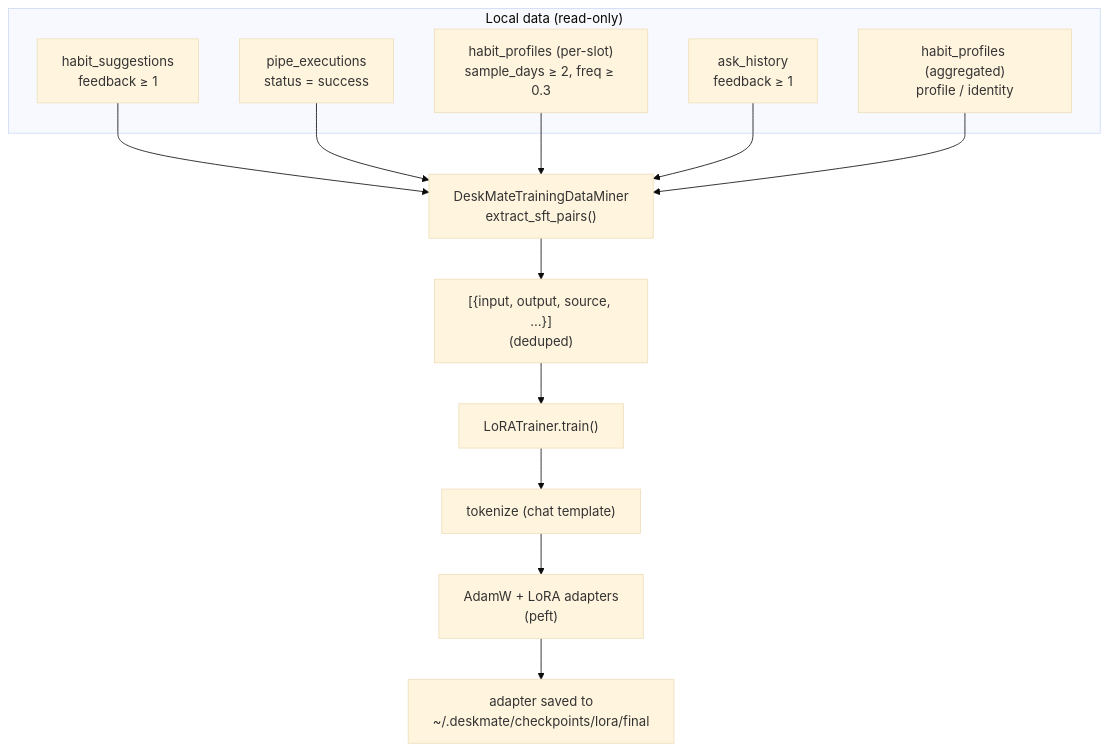
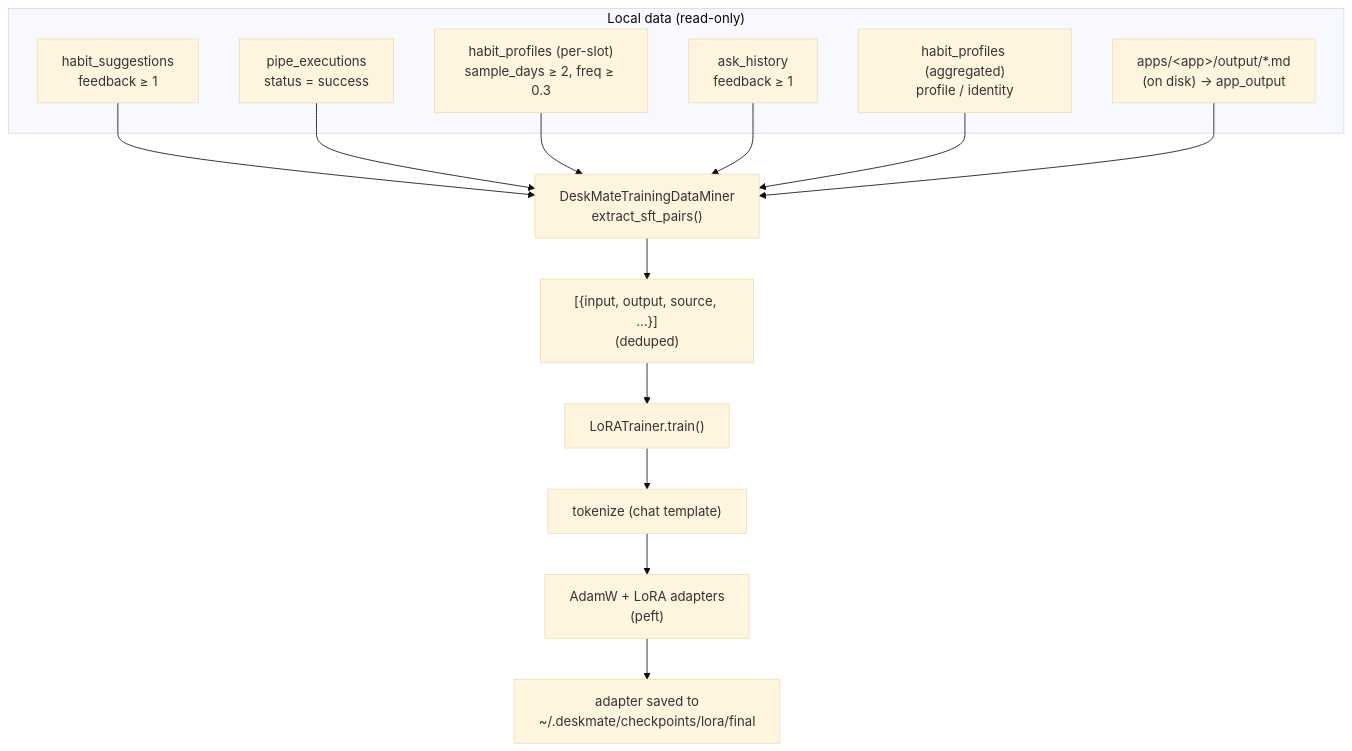
Before and after one commit to zhaohb/deskmate: the diagram in docs/16-learning-training.md, drawn with Mermaid (base theme). The commit also changed other lines of this file and 22 other files, not shown here.

````diff
--- a/docs/16-learning-training.md
+++ b/docs/16-learning-training.md
@@ -25,16 +25,17 @@
 ```mermaid
 flowchart TB
     subgraph Sources["Local data (read-only)"]
         HS["habit_suggestions<br/>feedback ≥ 1"]
         PE["pipe_executions<br/>status = success"]
         BH["habit_profiles (per-slot)<br/>sample_days ≥ 2, freq ≥ 0.3"]
         AK["ask_history<br/>feedback ≥ 1"]
         PR["habit_profiles (aggregated)<br/>profile / identity"]
+        AP["apps/&lt;app&gt;/output/*.md<br/>(on disk) → app_output"]
     end
-    HS & PE & BH & AK & PR --> MINER["DeskMateTrainingDataMiner<br/>extract_sft_pairs()"]
+    HS & PE & BH & AK & PR & AP --> MINER["DeskMateTrainingDataMiner<br/>extract_sft_pairs()"]
     MINER --> PAIRS["[{input, output, source, …}]<br/>(deduped)"]
     PAIRS --> TRAINER["LoRATrainer.train()"]
     TRAINER --> TOK["tokenize (chat template)"]
     TOK --> FIT["AdamW + LoRA adapters<br/>(peft)"]
     FIT --> ADP["adapter saved to<br/>~/.deskmate/checkpoints/lora/final"]
 ```
````
